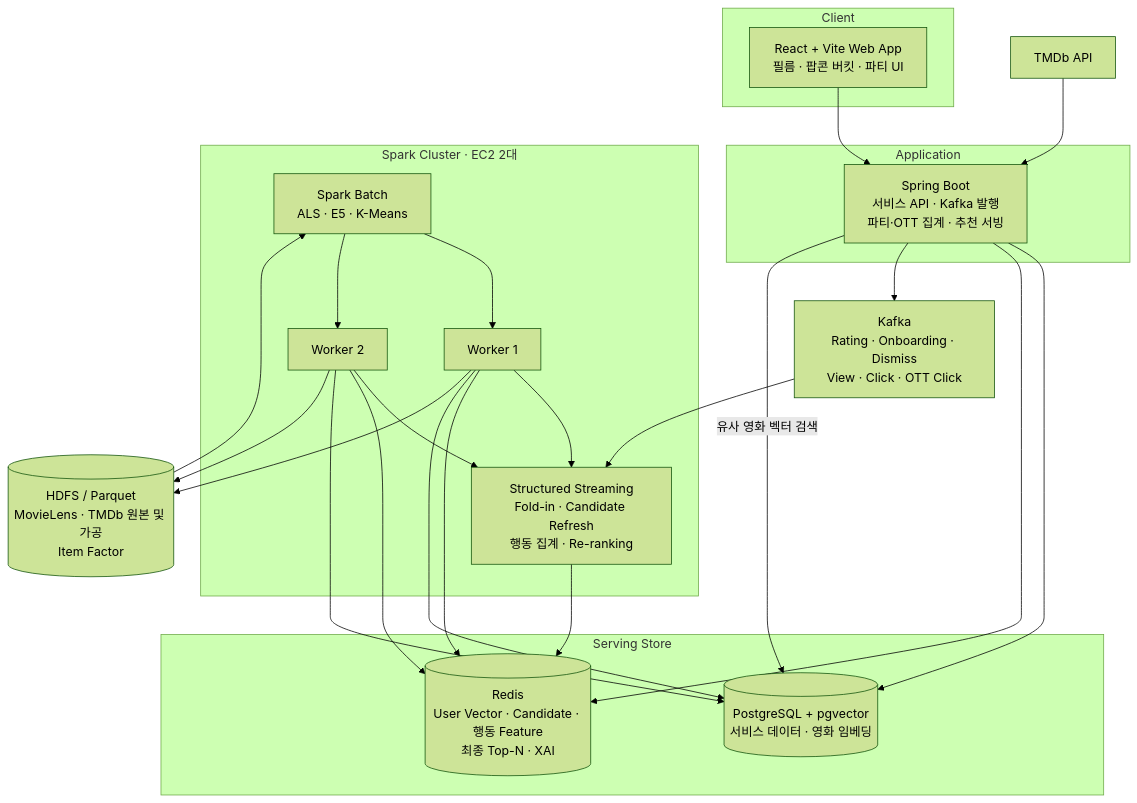
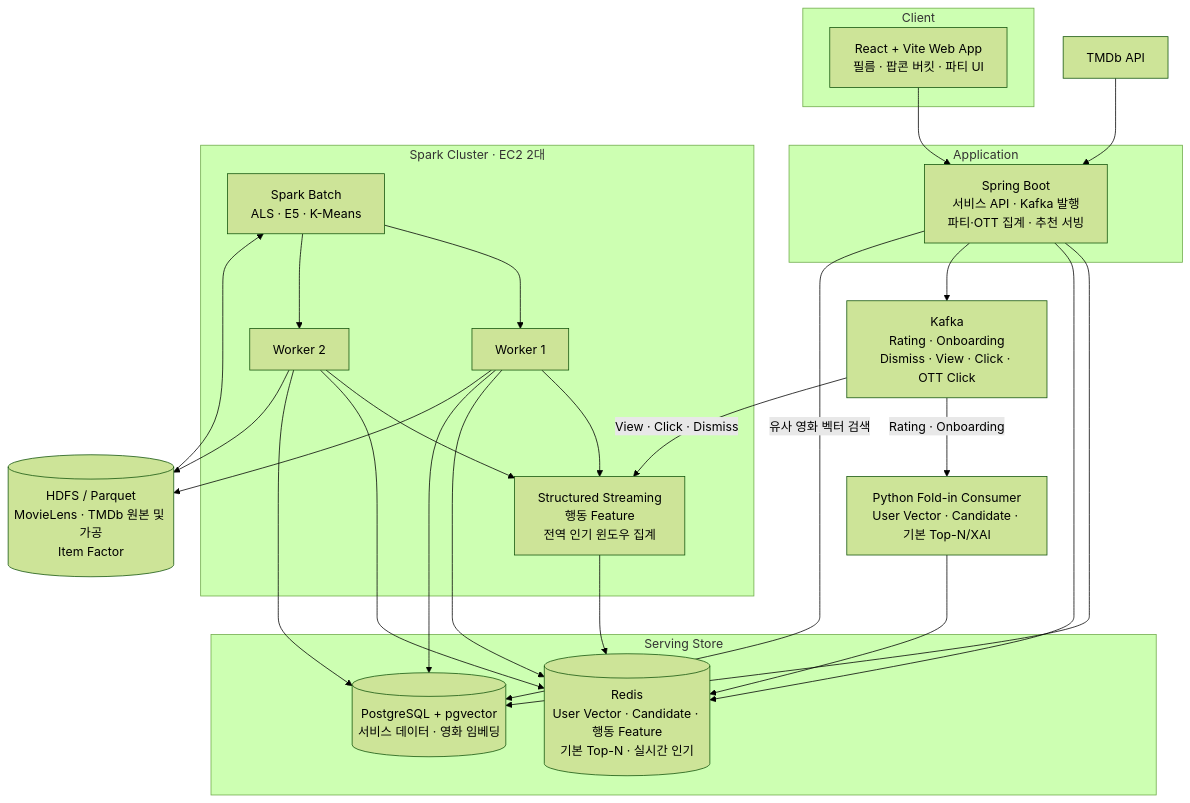
Before and after one commit to koongya-studio/feelm: the second of 3 diagrams in README.md, drawn with Mermaid (forest theme). The commit also changed other lines of this file and 13 other files, not shown here.

````diff
--- a/README.md
+++ b/README.md
@@ -254,46 +254,49 @@
 ```mermaid
 flowchart TB
     subgraph CLIENT["Client"]
         FE["React + Vite Web App<br/>필름 · 팝콘 버킷 · 파티 UI"]
     end
 
     subgraph APP["Application"]
         BE["Spring Boot<br/>서비스 API · Kafka 발행<br/>파티·OTT 집계 · 추천 서빙"]
     end
 
     subgraph STORE["Serving Store"]
         PG[("PostgreSQL + pgvector<br/>서비스 데이터 · 영화 임베딩")]
-        RD[("Redis<br/>User Vector · Candidate · 행동 Feature<br/>최종 Top-N · XAI")]
+        RD[("Redis<br/>User Vector · Candidate · 행동 Feature<br/>기본 Top-N · 실시간 인기")]
     end
 
     subgraph SPARK["Spark Cluster · EC2 2대"]
         SM["Spark Batch<br/>ALS · E5 · K-Means"]
-        SS["Structured Streaming<br/>Fold-in · Candidate Refresh<br/>행동 집계 · Re-ranking"]
+        SS["Structured Streaming<br/>행동 Feature<br/>전역 인기 윈도우 집계"]
         W1["Worker 1"]
         W2["Worker 2"]
     end
 
     LAKE[("HDFS / Parquet<br/>MovieLens · TMDb 원본 및 가공<br/>Item Factor")]
-    KF["Kafka<br/>Rating · Onboarding · Dismiss<br/>View · Click · OTT Click"]
+    KF["Kafka<br/>Rating · Onboarding<br/>Dismiss · View · Click · OTT Click"]
+    PC["Python Fold-in Consumer<br/>User Vector · Candidate · 기본 Top-N/XAI"]
     TMDB["TMDb API"]
 
     FE --> BE
     BE --> PG
     BE --> RD
     BE --> KF
-    KF --> SS
+    KF -->|"Rating · Onboarding"| PC
+    PC --> RD
+    KF -->|"View · Click · Dismiss"| SS
     SS --> RD
     BE -->|"유사 영화 벡터 검색"| PG
     TMDB --> BE
     LAKE --> SM
     SM --> W1
     SM --> W2
     W1 --> SS
     W2 --> SS
     W1 --> RD
     W2 --> RD
     W1 --> PG
     W2 --> PG
     W1 --> LAKE
     W2 --> LAKE
 ```
````
